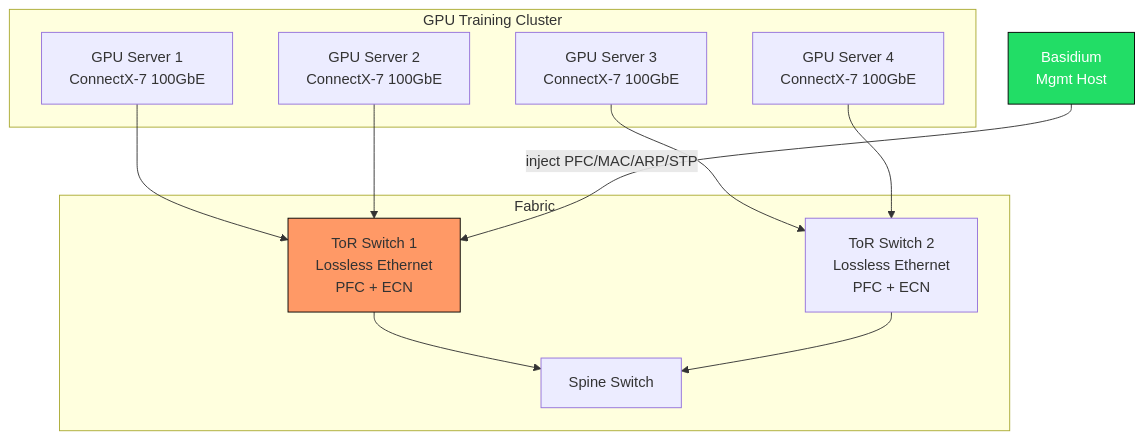
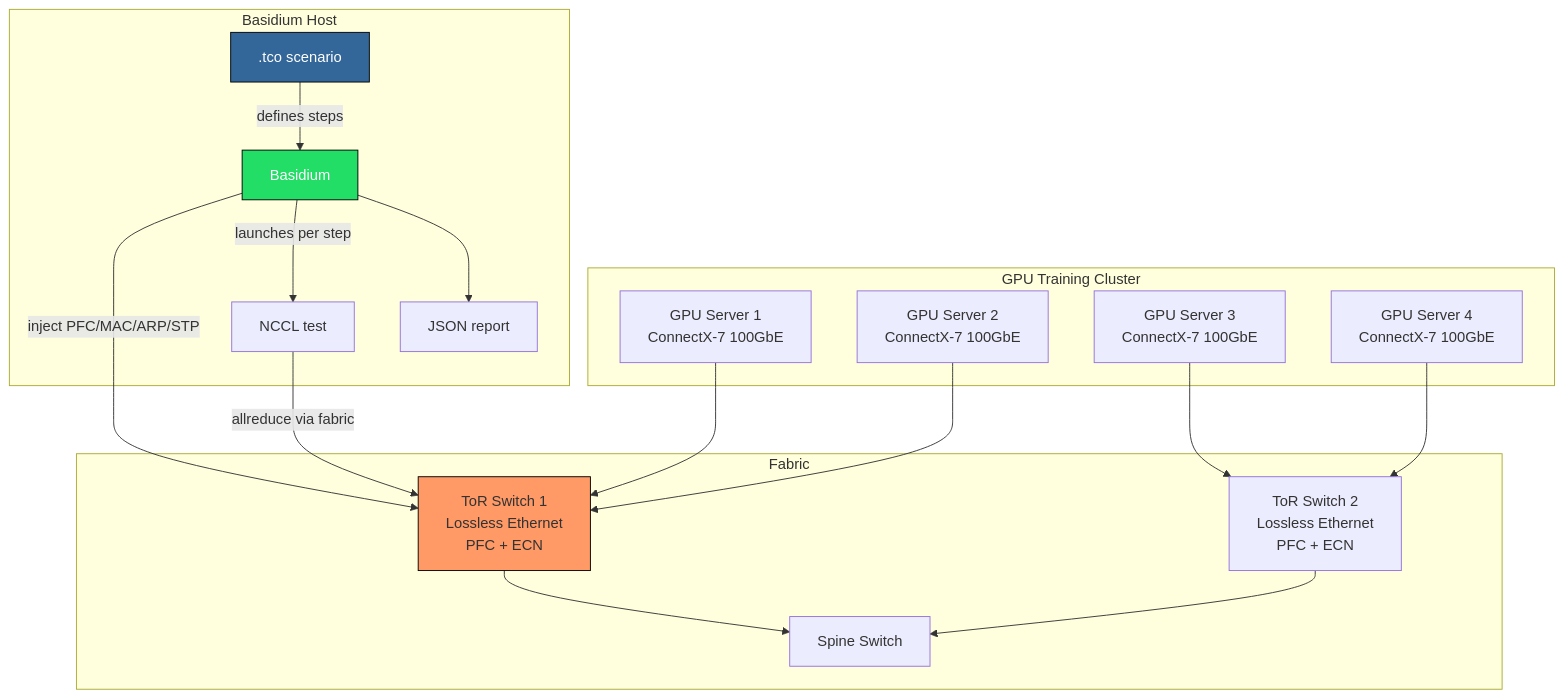
Before and after one commit to mstits/Basidium: the sixth of 9 diagrams in README.md, drawn with Mermaid. The commit also changed other lines of this file and 16 other files, not shown here.

First line of the commit message:
feat: NCCL-correlated rate sweeps + TCO scenario orchestration

````diff
--- a/README.md
+++ b/README.md
@@ -118,24 +158,36 @@
 ```mermaid
 graph TB
     subgraph "GPU Training Cluster"
-        GPU1[GPU Server 1<br/>ConnectX-7 100GbE]
-        GPU2[GPU Server 2<br/>ConnectX-7 100GbE]
-        GPU3[GPU Server 3<br/>ConnectX-7 100GbE]
-        GPU4[GPU Server 4<br/>ConnectX-7 100GbE]
+        GPU1["GPU Server 1<br/>ConnectX-7 100GbE"]
+        GPU2["GPU Server 2<br/>ConnectX-7 100GbE"]
+        GPU3["GPU Server 3<br/>ConnectX-7 100GbE"]
+        GPU4["GPU Server 4<br/>ConnectX-7 100GbE"]
     end
 
     subgraph "Fabric"
-        TOR1[ToR Switch 1<br/>Lossless Ethernet<br/>PFC + ECN]
-        TOR2[ToR Switch 2<br/>Lossless Ethernet<br/>PFC + ECN]
-        SPINE[Spine Switch]
+        TOR1["ToR Switch 1<br/>Lossless Ethernet<br/>PFC + ECN"]
+        TOR2["ToR Switch 2<br/>Lossless Ethernet<br/>PFC + ECN"]
+        SPINE["Spine Switch"]
     end
 
     GPU1 & GPU2 --> TOR1
     GPU3 & GPU4 --> TOR2
     TOR1 & TOR2 --> SPINE
 
-    BASIDIUM[Basidium<br/>Mgmt Host] -->|inject PFC/MAC/ARP/STP| TOR1
+    subgraph "Basidium Host"
+        B["Basidium"]
+        TCO_F[".tco scenario"]
+        NCCL_T["NCCL test"]
+        REPORT_F["JSON report"]
+    end
 
-    style BASIDIUM fill:#2d6,stroke:#000,color:#fff
+    TCO_F --> |"defines steps"| B
+    B --> |"inject PFC/MAC/ARP/STP"| TOR1
+    B --> |"launches per step"| NCCL_T
+    NCCL_T --> |"allreduce via fabric"| TOR1
+    B --> REPORT_F
+
+    style B fill:#2d6,stroke:#000,color:#fff
     style TOR1 fill:#f96,stroke:#000
+    style TCO_F fill:#369,stroke:#000,color:#fff
 ```
````
